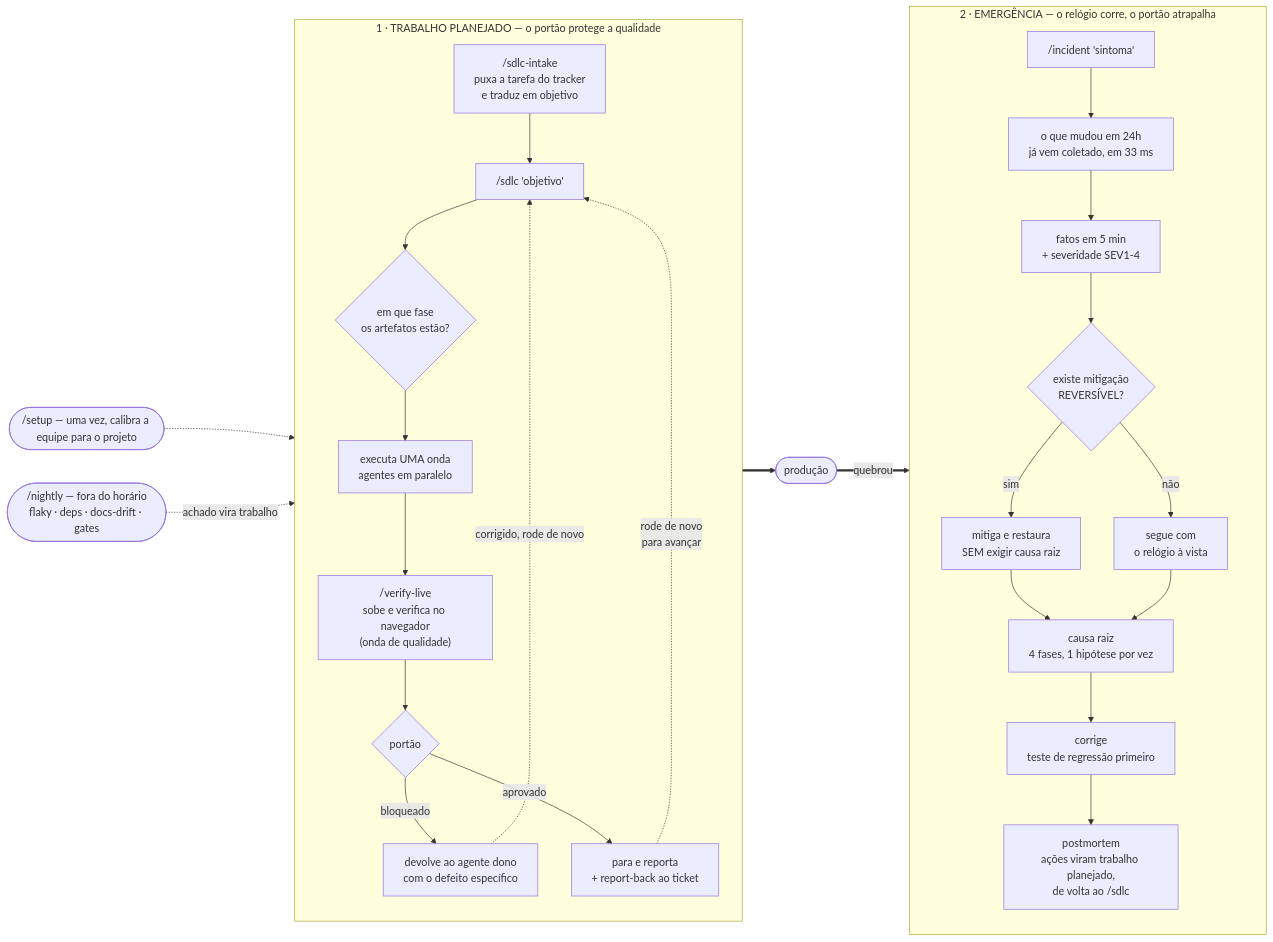
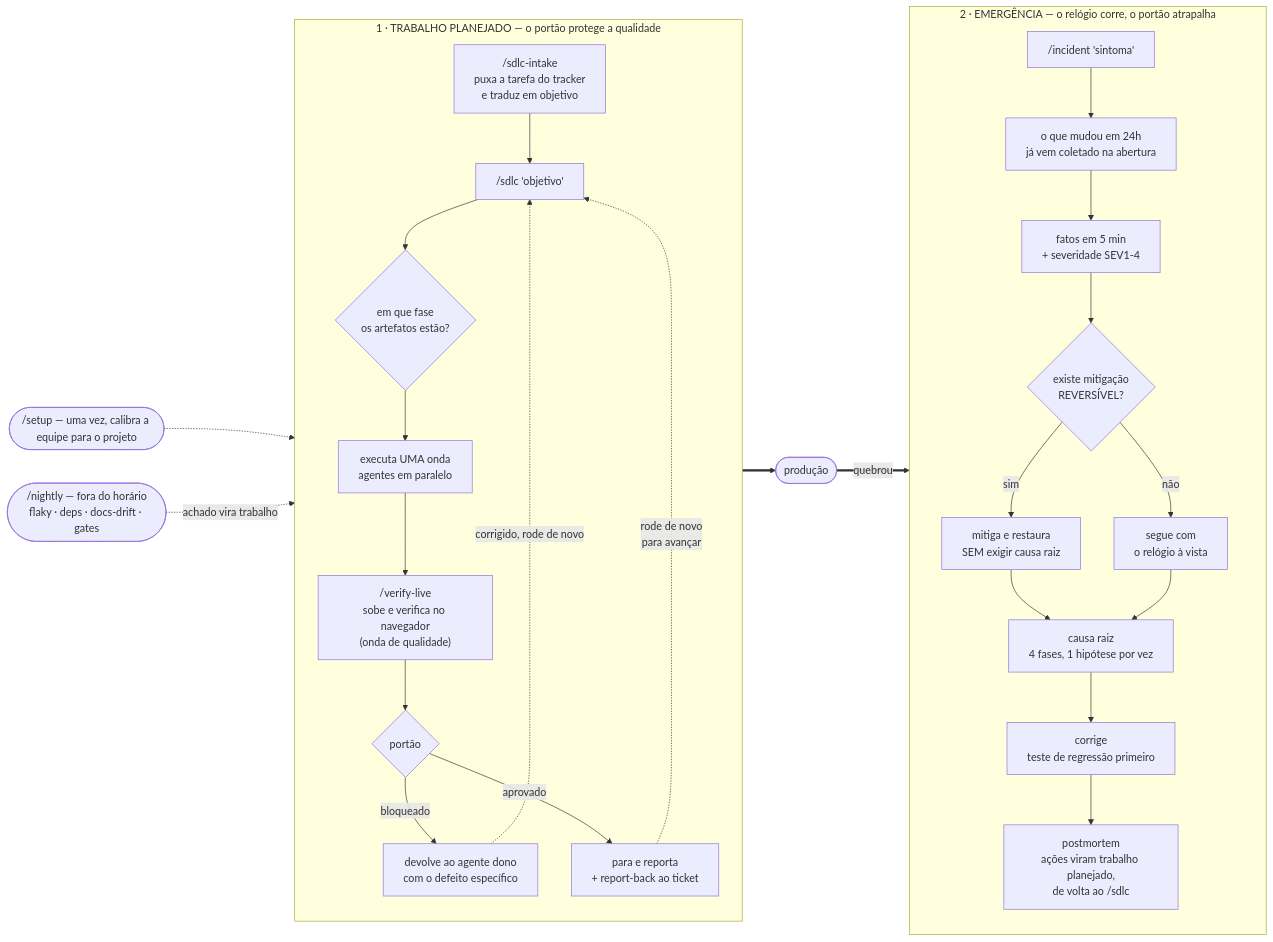
The diagram in README.md (Joaooh98/ai), drawn with Mermaid before and after one commit. The commit also changed other lines of this file and 43 other files, not shown here.

````diff
--- a/README.md
+++ b/README.md
@@ -39,35 +215,35 @@
 ```mermaid
 flowchart LR
     SETUP(["/setup — uma vez, calibra a equipe para o projeto"]) -.-> A
 
     subgraph PLAN["1 · TRABALHO PLANEJADO — o portão protege a qualidade"]
         direction TB
         T["/sdlc-intake<br/>puxa a tarefa do tracker<br/>e traduz em objetivo"] --> A["/sdlc 'objetivo'"]
         A --> B{"em que fase<br/>os artefatos estão?"}
         B --> C["executa UMA onda<br/>agentes em paralelo"]
         C --> V["/verify-live<br/>sobe e verifica no navegador<br/>(onda de qualidade)"]
         V --> D{"portão"}
         D -->|bloqueado| F["devolve ao agente dono<br/>com o defeito específico"]
         D -->|aprovado| E["para e reporta<br/>+ report-back ao ticket"]
         F -. "corrigido, rode de novo" .-> A
         E -. "rode de novo<br/>para avançar" .-> A
     end
 
     E ==> P(["produção"])
     P == "quebrou" ==> G
 
     subgraph EMERG["2 · EMERGÊNCIA — o relógio corre, o portão atrapalha"]
         direction TB
-        G["/incident 'sintoma'"] --> H["o que mudou em 24h<br/>já vem coletado, em 33 ms"]
+        G["/incident 'sintoma'"] --> H["o que mudou em 24h<br/>já vem coletado na abertura"]
         H --> I["fatos em 5 min<br/>+ severidade SEV1-4"]
         I --> J{"existe mitigação<br/>REVERSÍVEL?"}
         J -->|sim| K["mitiga e restaura<br/>SEM exigir causa raiz"]
         J -->|não| L["segue com<br/>o relógio à vista"]
         K --> M["causa raiz<br/>4 fases, 1 hipótese por vez"]
         L --> M
         M --> N["corrige<br/>teste de regressão primeiro"]
         N --> O["postmortem<br/>ações viram trabalho planejado,<br/>de volta ao /sdlc"]
     end
 
     NIGHT(["/nightly — fora do horário<br/>flaky · deps · docs-drift · gates"]) -. "achado vira trabalho" .-> T
 ```
````
